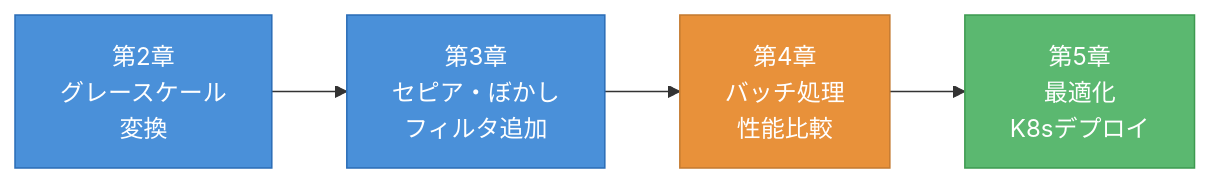
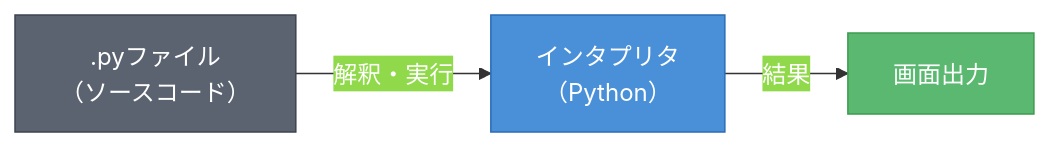
Before and after one commit to sogawa-yk/claude-code-book-write-template-test: the second of 2 diagrams in manuscript/ch01/ch01.md, drawn with Mermaid. The commit also changed other lines of this file and 34 other files, not shown here.

````diff
--- a/manuscript/ch01/ch01.md
+++ b/manuscript/ch01/ch01.md
@@ -139,12 +85,10 @@
 ```mermaid
 %%{init: {'theme': 'base', 'themeVariables': {'primaryColor': '#4A90D9', 'primaryTextColor': '#FFFFFF', 'primaryBorderColor': '#2A6CB6', 'lineColor': '#333333', 'textColor': '#1A1A1A', 'background': 'transparent'}}}%%
-graph LR
-    A["第2章<br/>グレースケール<br/>変換"]:::main --> B["第3章<br/>セピア・ぼかし<br/>フィルタ追加"]:::main
-    B --> C["第4章<br/>バッチ処理<br/>性能比較"]:::sub
-    C --> D["第5章<br/>最適化<br/>K8sデプロイ"]:::tool
+flowchart LR
+    A[".pyファイル\n（ソースコード）"]:::user -->|解釈・実行| B["インタプリタ\n（Python）"]:::main -->|結果| C[画面出力]:::tool
 
     classDef main fill:#4A90D9,stroke:#2A6CB6,color:#FFFFFF
     classDef sub fill:#E8913A,stroke:#C47A2F,color:#FFFFFF
     classDef tool fill:#5BB870,stroke:#3D9A50,color:#FFFFFF
     classDef user fill:#5C6370,stroke:#3D4450,color:#FFFFFF
 ```
````
